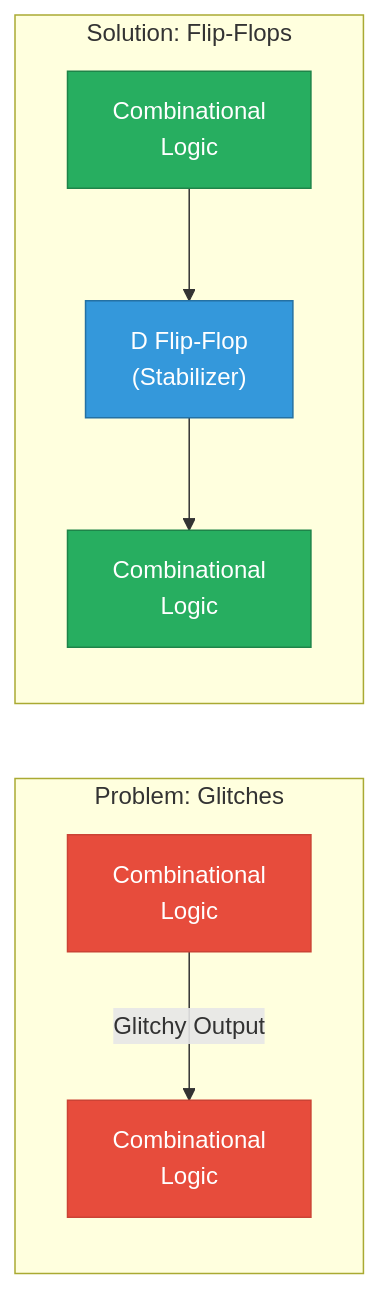
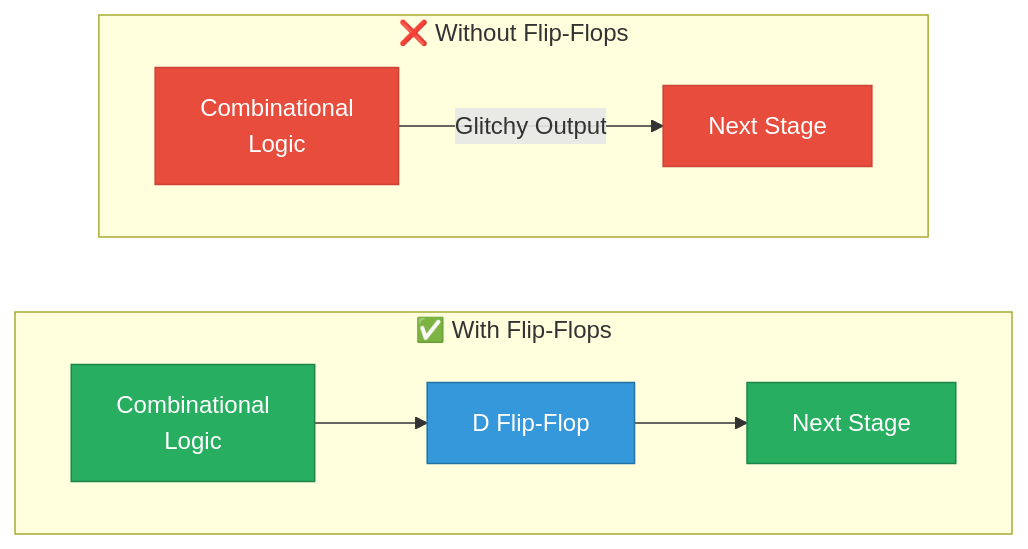
One commit to TanmayRawal/VSD_WORKSHOP-VSD_SQUADRON- changed the sixth of 7 diagrams in README.md. Above: the diagram before and after it, drawn with Mermaid. The commit also changed other lines of this file, not shown here.

Commit message:
Fixed Mermaid diagrams: improved layout, correct ordering, better visual hierarchy

````diff
--- a/README.md
+++ b/README.md
@@ -594,14 +587,17 @@
 ```mermaid
-flowchart LR
-    subgraph "Problem: Glitches"
-        COMB1["Combinational\nLogic"] -->|"Glitchy Output"| COMB2["Combinational\nLogic"]
+flowchart TD
+    subgraph problem ["❌ Without Flip-Flops"]
+        direction LR
+        COMB1["Combinational\nLogic"] -->|"Glitchy Output"| COMB2["Next Stage"]
     end
-    subgraph "Solution: Flip-Flops"
-        COMB3["Combinational\nLogic"] --> FF["D Flip-Flop\n(Stabilizer)"] --> COMB4["Combinational\nLogic"]
+    subgraph solution ["✅ With Flip-Flops"]
+        direction LR
+        COMB3["Combinational\nLogic"] --> FF["D Flip-Flop"] --> COMB4["Next Stage"]
     end
+    problem ~~~ solution
     style COMB1 fill:#E74C3C,stroke:#CB4335,color:#fff
     style COMB2 fill:#E74C3C,stroke:#CB4335,color:#fff
     style COMB3 fill:#27AE60,stroke:#1E8449,color:#fff
     style FF fill:#3498DB,stroke:#2471A3,color:#fff
     style COMB4 fill:#27AE60,stroke:#1E8449,color:#fff
 ```
````
